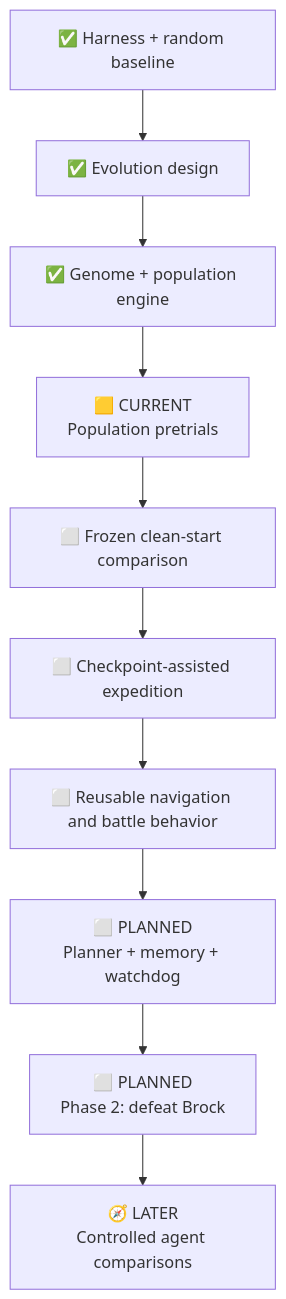
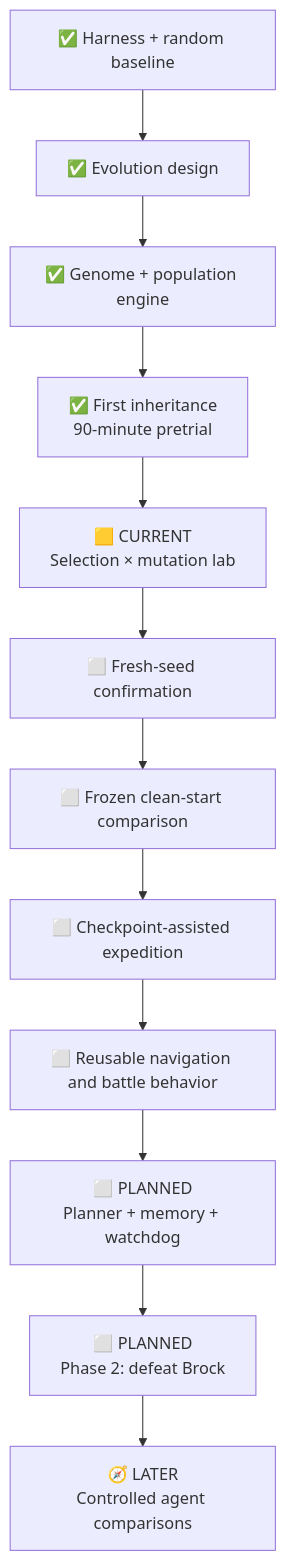
One commit to PeteAndrews1289/pokemon-red-ai changed the diagram in docs/roadmap.md. Above: the diagram before and after it, drawn with Mermaid. The commit also changed other lines of this file and 15 other files, not shown here.

````diff
--- a/docs/roadmap.md
+++ b/docs/roadmap.md
@@ -38,12 +43,14 @@
 ```mermaid
 flowchart TD
     P0["✅ Harness + random baseline"] --> EV0["✅ Evolution design"]
     EV0 --> EV1["✅ Genome + population engine"]
-    EV1 --> PRE["🟨 CURRENT<br/>Population pretrials"]
-    PRE --> REF["⬜ Frozen clean-start comparison"]
+    EV1 --> PRE["✅ First inheritance<br/>90-minute pretrial"]
+    PRE --> LAB["🟨 CURRENT<br/>Selection × mutation lab"]
+    LAB --> FRESH["⬜ Fresh-seed confirmation"]
+    FRESH --> REF["⬜ Frozen clean-start comparison"]
     REF --> P1["⬜ Checkpoint-assisted expedition"]
     P1 --> SK["⬜ Reusable navigation and battle behavior"]
     SK --> HY["⬜ PLANNED<br/>Planner + memory + watchdog"]
     HY --> P2["⬜ PLANNED<br/>Phase 2: defeat Brock"]
     P2 --> AB["🧭 LATER<br/>Controlled agent comparisons"]
 ```
````
